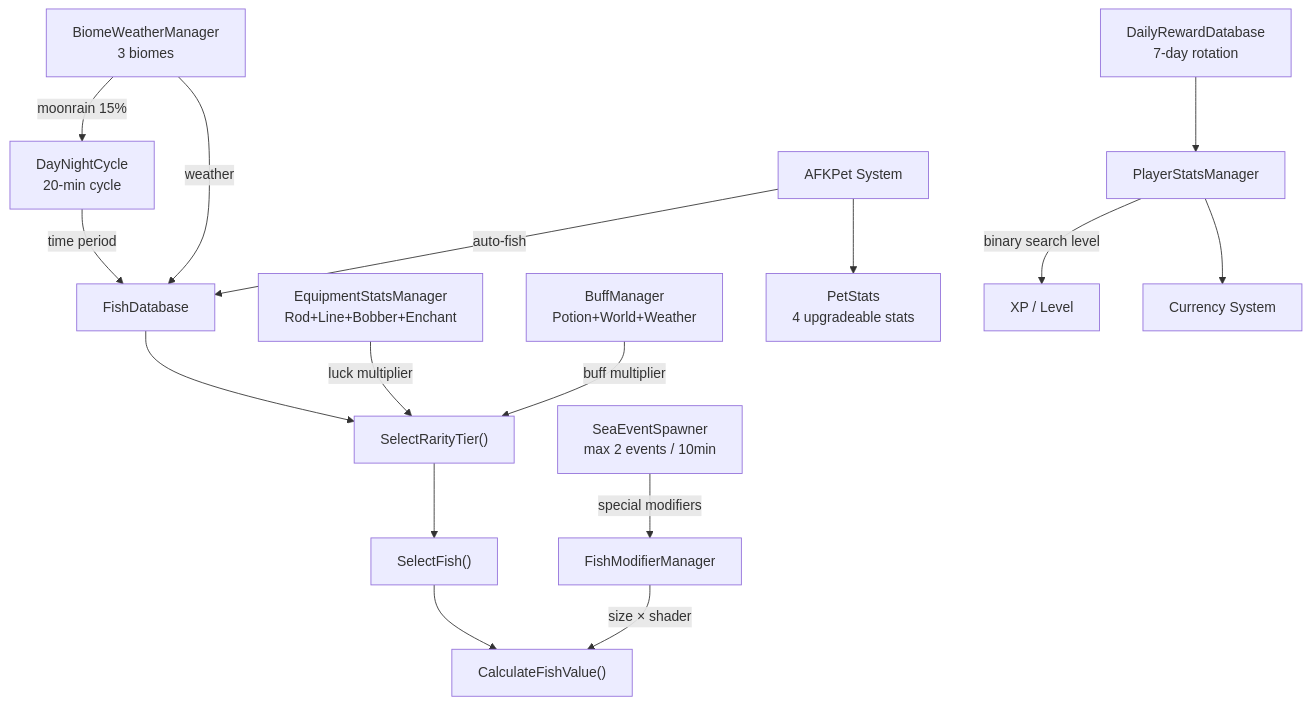
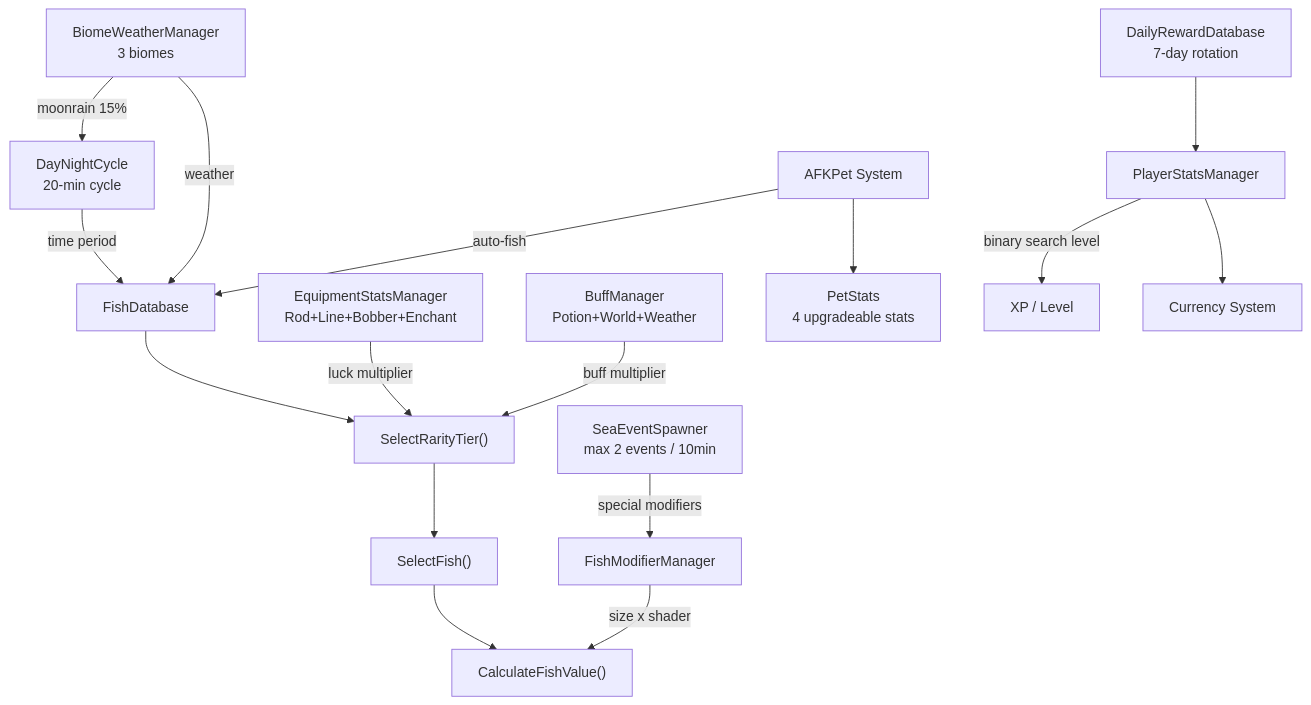
Diagram 12 of 12 in docs/gamedata-en.md (SeaLoong/Fish-Udon-Raw-Ilcode), drawn with Mermaid before and after one commit. The commit also changed other lines of this file and 7 other files, not shown here.

````diff
--- a/docs/gamedata-en.md
+++ b/docs/gamedata-en.md
@@ -631,25 +631,25 @@
 ```mermaid
 flowchart TD
     FishDB["FishDatabase"] --> Select["SelectRarityTier()"]
     Select --> Fish["SelectFish()"]
     Fish --> Value["CalculateFishValue()"]
 
     Equip["EquipmentStatsManager\nRod+Line+Bobber+Enchant"] --> |luck multiplier| Select
     Buff["BuffManager\nPotion+World+Weather"] --> |buff multiplier| Select
 
-    Mod["FishModifierManager"] --> |size × shader| Value
+    Mod["FishModifierManager"] --> |size x shader| Value
 
     DNC["DayNightCycle\n20-min cycle"] --> |time period| FishDB
     Weather["BiomeWeatherManager\n3 biomes"] --> |weather| FishDB
     Weather --> |moonrain 15%| DNC
 
     Sea["SeaEventSpawner\nmax 2 events / 10min"] --> |special modifiers| Mod
 
     Pet["AFKPet System"] --> |auto-fish| FishDB
     Pet --> PetStats["PetStats\n4 upgradeable stats"]
 
     Player["PlayerStatsManager"] --> |binary search level| XP["XP / Level"]
     Player --> Money["Currency System"]
 
     Daily["DailyRewardDatabase\n7-day rotation"] --> Player
 ```
````
